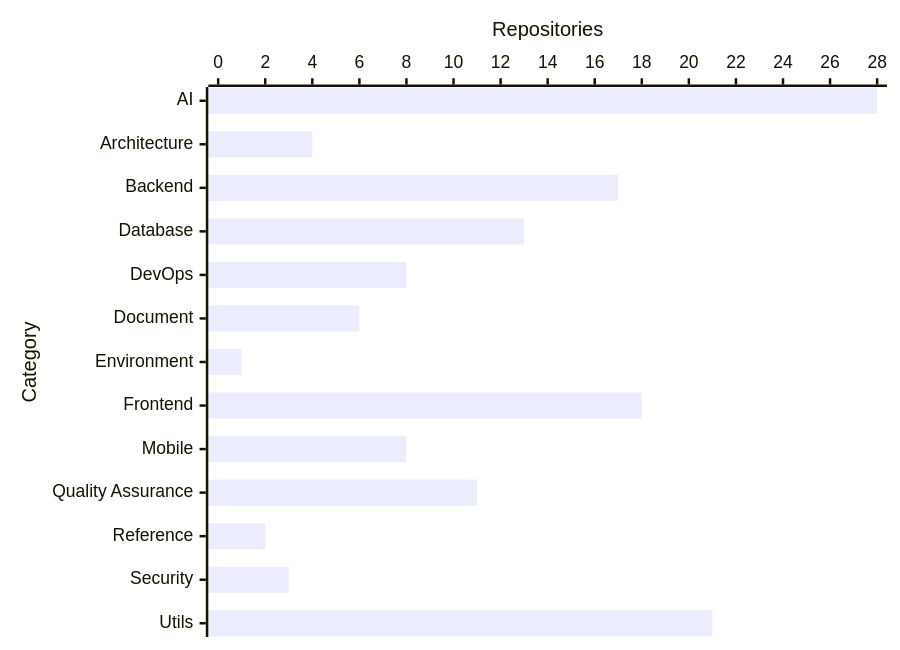
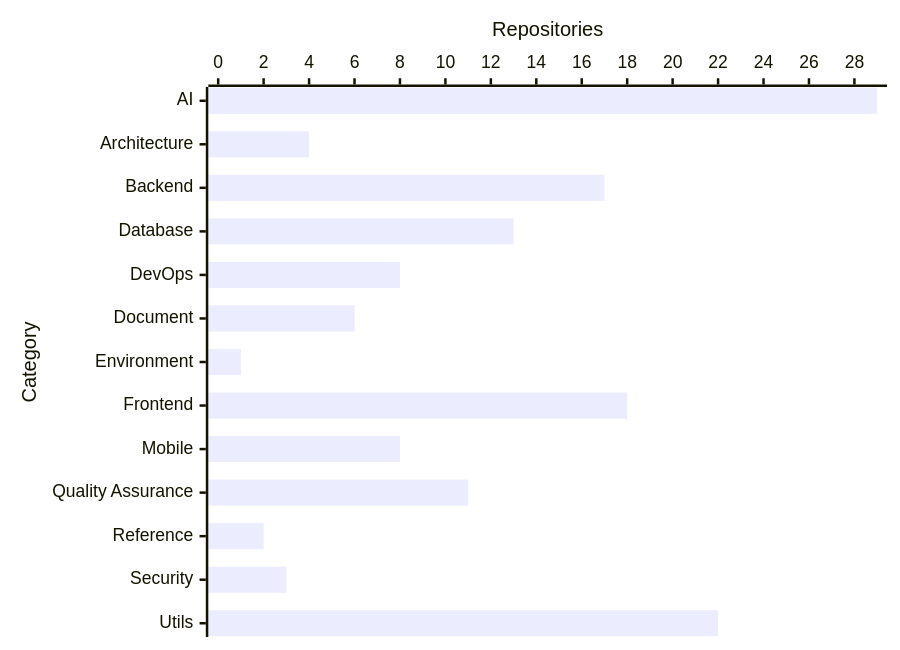
Before and after one commit to prawee/resource: the diagram in README.md, drawn with Mermaid. The commit also changed other lines of this file, not shown here.

````diff
--- a/README.md
+++ b/README.md
@@ -11,6 +11,6 @@
 ```mermaid
 xychart-beta horizontal
     x-axis "Category" ["AI", "Architecture", "Backend", "Database", "DevOps", "Document", "Environment", "Frontend", "Mobile", "Quality Assurance", "Reference", "Security", "Utils"]
-    y-axis "Repositories" 0 --> 28
-    bar [28, 4, 17, 13, 8, 6, 1, 18, 8, 11, 2, 3, 21]
+    y-axis "Repositories" 0 --> 29
+    bar [29, 4, 17, 13, 8, 6, 1, 18, 8, 11, 2, 3, 22]
 ```
````
